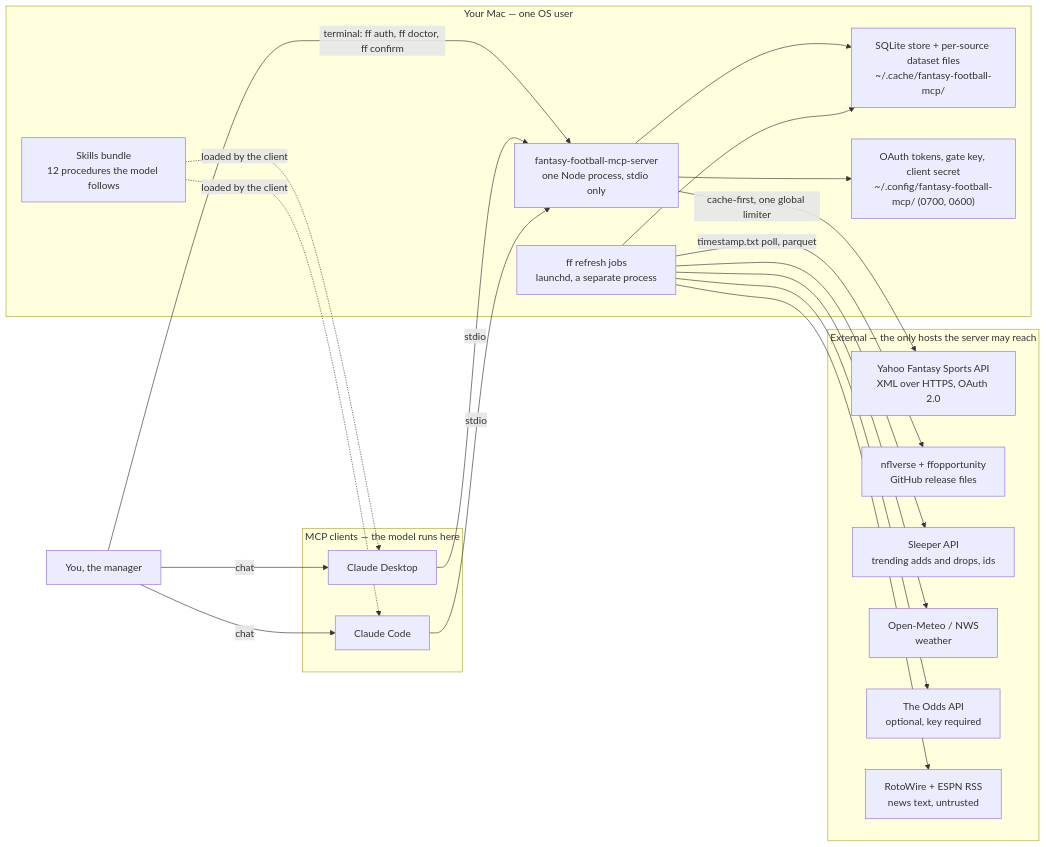
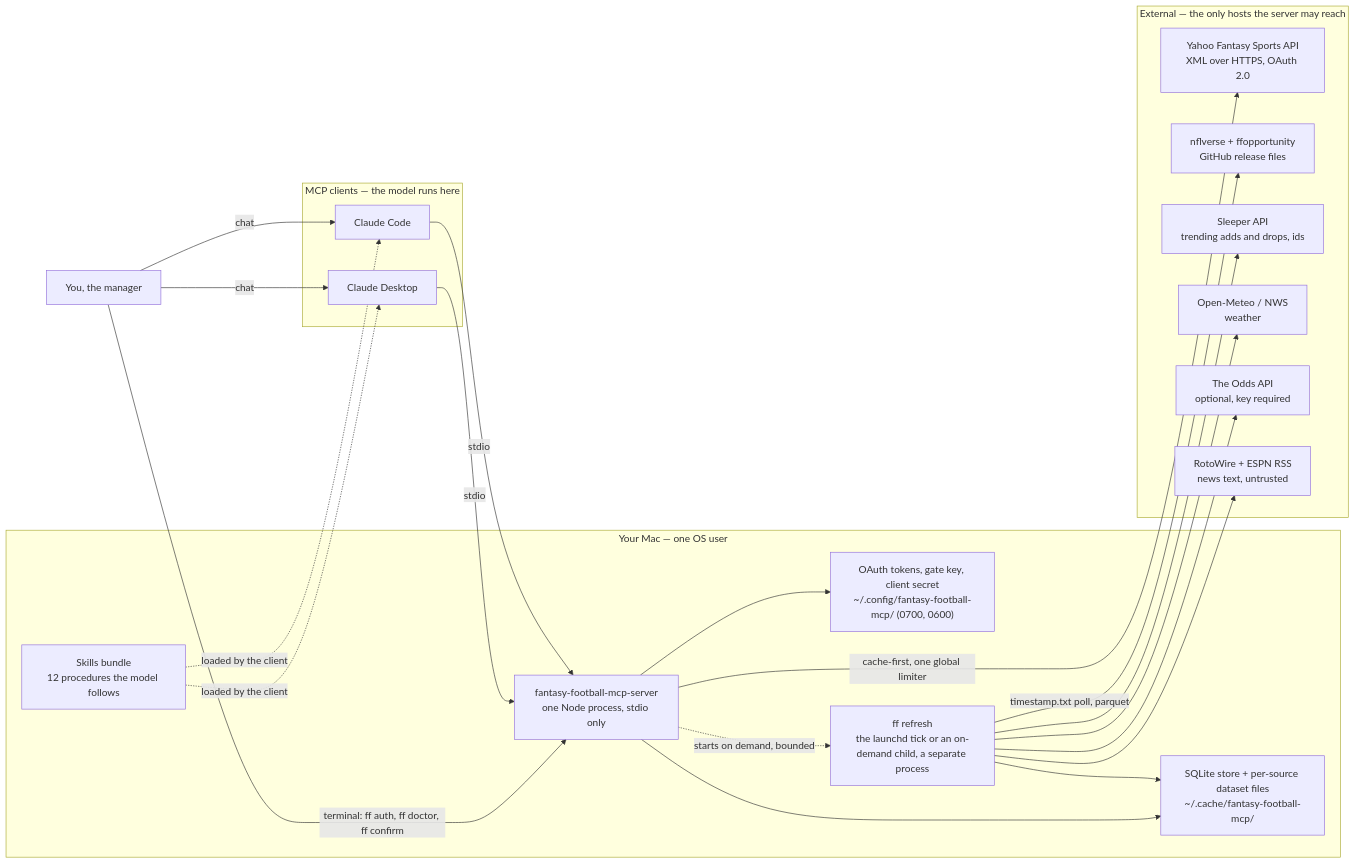
The first of 7 diagrams in README.md (ChadPapineau/yahoo-fantasy-football-mcp), drawn with Mermaid before and after one commit. The commit also changed other lines of this file and 3 other files, not shown here.

````diff
--- a/README.md
+++ b/README.md
@@ -169,40 +174,41 @@
 ```mermaid
 %% System context — who talks to whom, and where the data and the secrets live
 flowchart LR
   USER["You, the manager"]
   subgraph CLIENTS["MCP clients — the model runs here"]
     CD["Claude Desktop"]
     CC["Claude Code"]
   end
   subgraph LOCAL["Your Mac — one OS user"]
     SRV["fantasy-football-mcp-server<br/>one Node process, stdio only"]
     SKILLS["Skills bundle<br/>12 procedures the model follows"]
     STORE["SQLite store + per-source dataset files<br/>~/.cache/fantasy-football-mcp/"]
     TOK["OAuth tokens, gate key, client secret<br/>~/.config/fantasy-football-mcp/ (0700, 0600)"]
-    JOBS["ff refresh jobs<br/>launchd, a separate process"]
+    JOBS["ff refresh<br/>the launchd tick or an on-demand child, a separate process"]
   end
   subgraph EXT["External — the only hosts the server may reach"]
     YAHOO["Yahoo Fantasy Sports API<br/>XML over HTTPS, OAuth 2.0"]
     NFLV["nflverse + ffopportunity<br/>GitHub release files"]
     SLP["Sleeper API<br/>trending adds and drops, ids"]
     WX["Open-Meteo / NWS<br/>weather"]
     ODDS["The Odds API<br/>optional, key required"]
     NEWS["RotoWire + ESPN RSS<br/>news text, untrusted"]
   end
   USER -- "chat" --> CD
   USER -- "chat" --> CC
   USER -- "terminal: ff auth, ff doctor, ff confirm" --> SRV
   CD -- "stdio" --> SRV
   CC -- "stdio" --> SRV
   SKILLS -. "loaded by the client" .-> CD
   SKILLS -. "loaded by the client" .-> CC
   SRV --> STORE
   SRV --> TOK
+  SRV -. "starts on demand, bounded" .-> JOBS
   JOBS --> STORE
   SRV -- "cache-first, one global limiter" --> YAHOO
   JOBS -- "timestamp.txt poll, parquet" --> NFLV
   JOBS --> SLP
   JOBS --> WX
   JOBS --> ODDS
   JOBS --> NEWS
 ```
````
